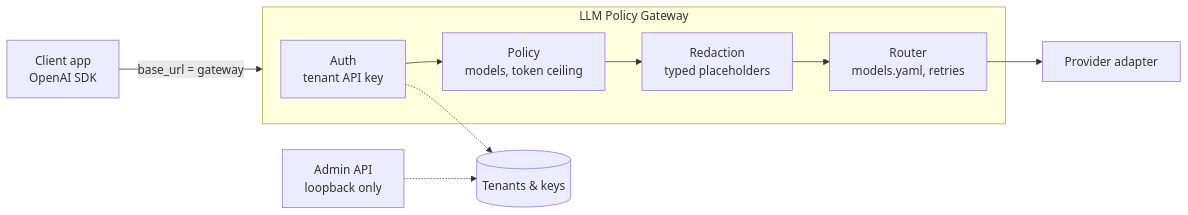
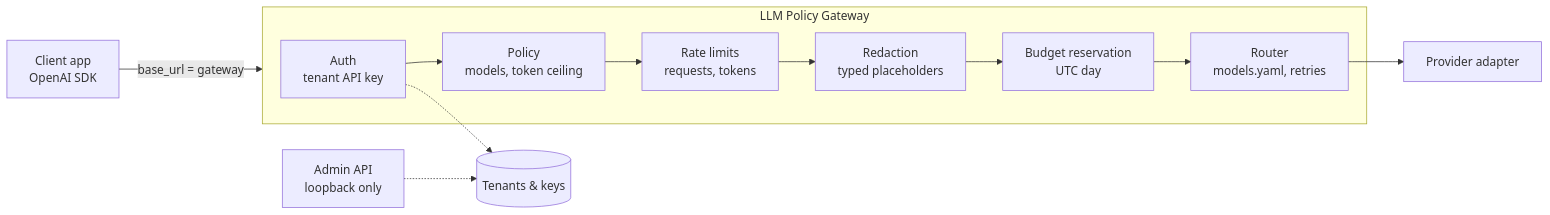
The diagram in README.md (gharisj3/llm-policy-gateway), drawn with Mermaid before and after one commit. The commit also changed other lines of this file, not shown here.

Commit message:
docs: explain budget admission and rate limits

````diff
--- a/README.md
+++ b/README.md
@@ -51,12 +54,14 @@
 ```mermaid
 flowchart LR
     C[Client app<br/>OpenAI SDK] -->|base_url = gateway| G
     subgraph G[LLM Policy Gateway]
         A[Auth<br/>tenant API key] --> P[Policy<br/>models, token ceiling]
-        P --> D[Redaction<br/>typed placeholders]
-        D --> R[Router<br/>models.yaml, retries]
+        P --> L[Rate limits<br/>requests, tokens]
+        L --> D[Redaction<br/>typed placeholders]
+        D --> B[Budget reservation<br/>UTC day]
+        B --> R[Router<br/>models.yaml, retries]
     end
     R --> M[Provider adapter]
     AD[Admin API<br/>loopback only] -.-> DB[(Tenants & keys)]
     A -.-> DB
 ```
````
